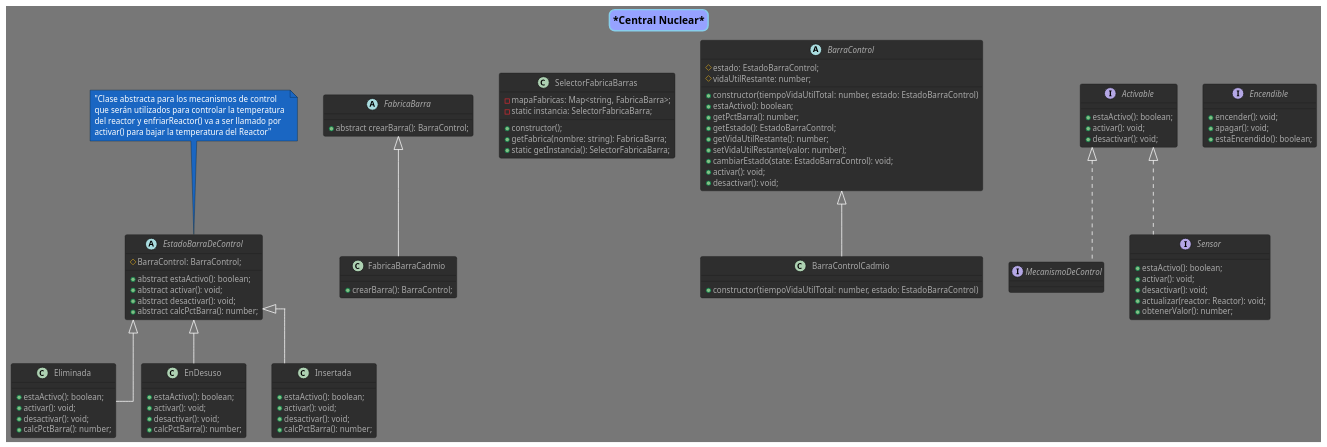
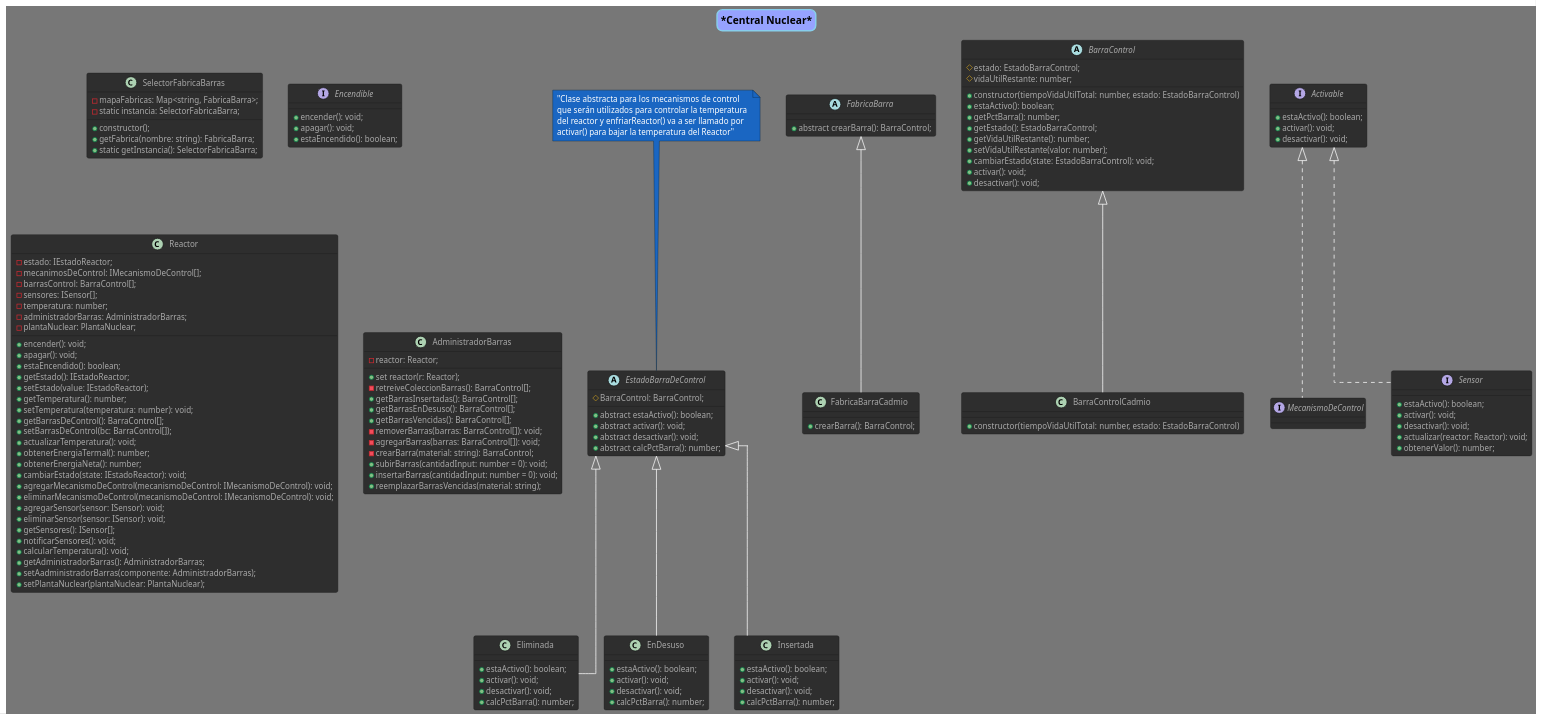
The diagram in diagrams/clases_central_nuclear.puml (fmiguezo/reactor_nuclear), drawn with PlantUML before and after one commit.

Commit message:
adminBarras y reactor

```diff
--- a/diagrams/clases_central_nuclear.puml
+++ b/diagrams/clases_central_nuclear.puml
@@ -1,120 +1,172 @@
 @startuml Tp
 
 title "Central Nuclear"
 !theme reddress-darkblue
 scale 1.3
 skinparam Linetype ortho
 
 title *Central Nuclear*
 skinparam titleBorderRoundCorner 15
 skinparam titleBorderThickness 2
 skinparam titleBorderColor skyBlue
 skinparam titleBackgroundColor #96a2ff
 
 
 
 abstract class EstadoBarraDeControl {
     #BarraControl: BarraControl;
 
     +abstract estaActivo(): boolean;
     +abstract activar(): void;
     +abstract desactivar(): void;
     +abstract calcPctBarra(): number;
 }
 
 class Eliminada {
     +estaActivo(): boolean;
     +activar(): void;
     +desactivar(): void;
     +calcPctBarra(): number;
 }
 
 class EnDesuso {
     +estaActivo(): boolean;
     +activar(): void;
     +desactivar(): void;
     +calcPctBarra(): number;
 }
 
 class Insertada {
     +estaActivo(): boolean;
     +activar(): void;
     +desactivar(): void;
     +calcPctBarra(): number;
 }
 
 abstract class FabricaBarra {
     +abstract crearBarra(): BarraControl;
 }
 
 class FabricaBarraCadmio {
     +crearBarra(): BarraControl;
 }
 
 class SelectorFabricaBarras {
     -mapaFabricas: Map<string, FabricaBarra>;
     -static instancia: SelectorFabricaBarra;
 
     +constructor();
     +getFabrica(nombre: string): FabricaBarra;
     +static getInstancia(): SelectorFabricaBarra;
 }
 
 abstract class BarraControl {
     #estado: EstadoBarraControl;
     #vidaUtilRestante: number;
 
     +constructor(tiempoVidaUtilTotal: number, estado: EstadoBarraControl)
     +estaActivo(): boolean;
     +getPctBarra(): number;
     +getEstado(): EstadoBarraControl;
     +getVidaUtilRestante(): number;
     +setVidaUtilRestante(valor: number);
     +cambiarEstado(state: EstadoBarraControl): void;
     +activar(): void;
     +desactivar(): void;
 }
 
 class BarraControlCadmio {
     +constructor(tiempoVidaUtilTotal: number, estado: EstadoBarraControl)
 }
 
 interface Activable {
     +estaActivo(): boolean;
     +activar(): void;
     +desactivar(): void;
 }
 
 interface Encendible {
     +encender(): void;
     +apagar(): void;
     +estaEncendido(): boolean;
 }
 
 interface MecanismoDeControl {
 
 }
 
 interface Sensor {
     +estaActivo(): boolean;
     +activar(): void;
     +desactivar(): void;
     +actualizar(reactor: Reactor): void;
     +obtenerValor(): number;
 }
 
+class Reactor {
+    -estado: IEstadoReactor;
+    -mecanimosDeControl: IMecanismoDeControl[];
+    -barrasControl: BarraControl[];
+    -sensores: ISensor[];
+    -temperatura: number;
+    -administradorBarras: AdministradorBarras;
+    -plantaNuclear: PlantaNuclear;
+
+    +encender(): void;
+    +apagar(): void;
+    +estaEncendido(): boolean;
+    +getEstado(): IEstadoReactor;
+    +setEstado(value: IEstadoReactor);
+    +getTemperatura(): number;
+    +setTemperatura(temperatura: number): void;
+    +getBarrasDeControl(): BarraControl[];
+    +setBarrasDeControl(bc: BarraControl[]);
+    +actualizarTemperatura(): void;
+    +obtenerEnergiaTermal(): number;
+    +obtenerEnergiaNeta(): number;
+    +cambiarEstado(state: IEstadoReactor): void;
+    +agregarMecanismoDeControl(mecanismoDeControl: IMecanismoDeControl): void;
+    +eliminarMecanismoDeControl(mecanismoDeControl: IMecanismoDeControl): void;
+    +agregarSensor(sensor: ISensor): void;
+    +eliminarSensor(sensor: ISensor): void;
+    +getSensores(): ISensor[];
+    +notificarSensores(): void;
+    +calcularTemperatura(): void;
+    +getAdministradorBarras(): AdministradorBarras;
+    +setAadministradorBarras(componente: AdministradorBarras);
+    +setPlantaNuclear(plantaNuclear: PlantaNuclear);
+}
+
+class AdministradorBarras {
+    -reactor: Reactor;
+
+    +set reactor(r: Reactor);
+    -retreiveColeccionBarras(): BarraControl[];
+    +getBarrasInsertadas(): BarraControl[];
+    +getBarrasEnDesuso(): BarraControl[];
+    +getBarrasVencidas(): BarraControl[];
+    -removerBarras(barras: BarraControl[]): void;
+    -agregarBarras(barras: BarraControl[]): void;
+    -crearBarra(material: string): BarraControl;
+    +subirBarras(cantidadInput: number = 0): void;
+    +insertarBarras(cantidadInput: number = 0): void;
+    +reemplazarBarrasVencidas(material: string);
+}
+
+
+
 'Relaciones
 EstadoBarraDeControl <|-- Eliminada
 EstadoBarraDeControl <|-- EnDesuso
 EstadoBarraDeControl <|-- Insertada
 FabricaBarra <|-- FabricaBarraCadmio
 BarraControl <|-- BarraControlCadmio
 
 Activable <|.. MecanismoDeControl
 Activable <|.. Sensor
 
 
 'Notas
 note top of EstadoBarraDeControl: "Clase abstracta para los mecanismos de control \nque serán utilizados para controlar la temperatura \ndel reactor y enfriarReactor() va a ser llamado por \nactivar() para bajar la temperatura del Reactor"
 
 @enduml
```
